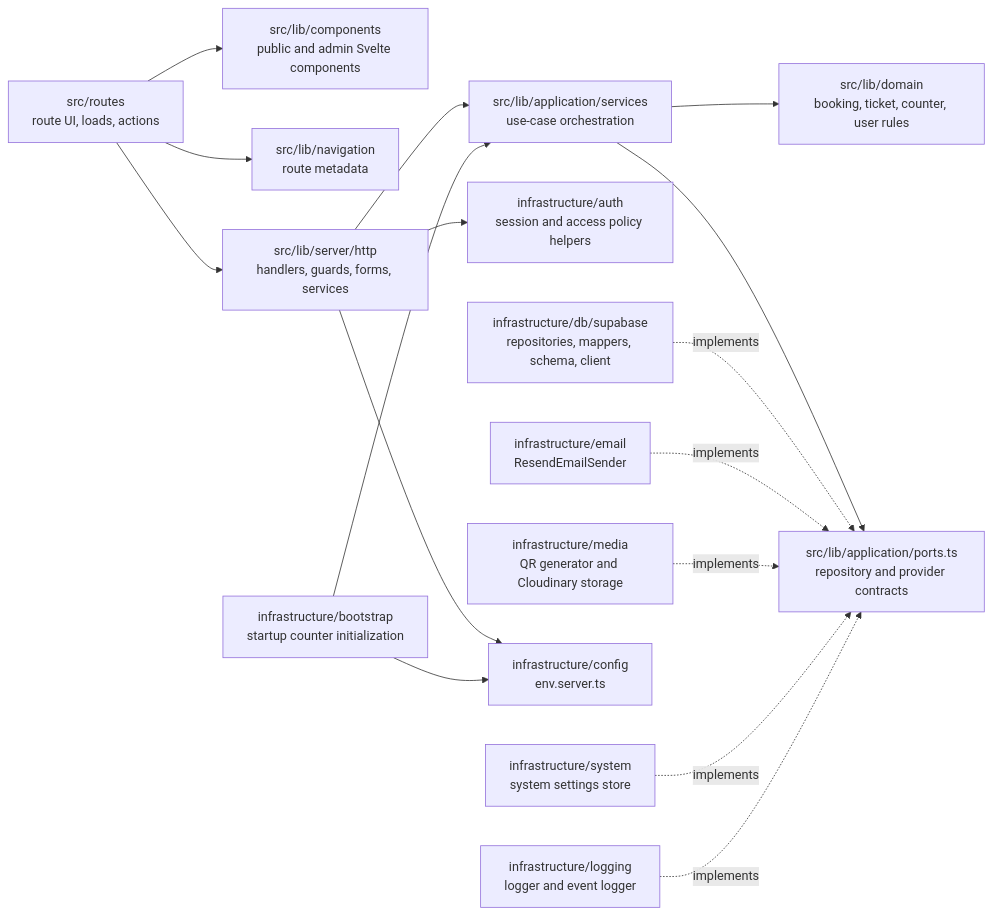
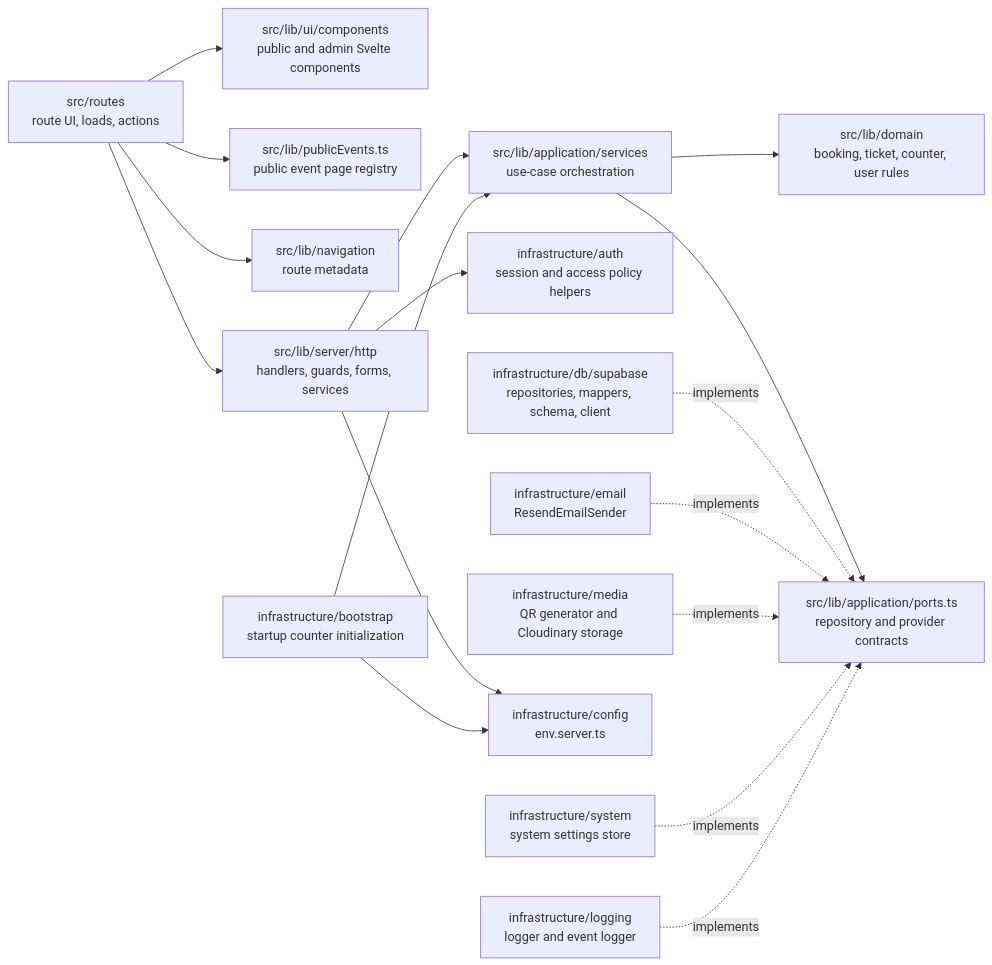
The third of 6 diagrams in docs/architecture.md (gretchel2025/gfeurope2), drawn with Mermaid before and after one commit. The commit also changed other lines of this file and 48 other files, not shown here.

Commit message:
add event-specific public pages

````diff
--- a/docs/architecture.md
+++ b/docs/architecture.md
@@ -83,40 +83,42 @@
 ```mermaid
 flowchart LR
     routes["src/routes\nroute UI, loads, actions"]
-    components["src/lib/components\npublic and admin Svelte components"]
+    components["src/lib/ui/components\npublic and admin Svelte components"]
+    publicEvents["src/lib/publicEvents.ts\npublic event page registry"]
     navigation["src/lib/navigation\nroute metadata"]
 
     http["src/lib/server/http\nhandlers, guards, forms, services"]
     services["src/lib/application/services\nuse-case orchestration"]
     ports["src/lib/application/ports.ts\nrepository and provider contracts"]
     domain["src/lib/domain\nbooking, ticket, counter, user rules"]
 
     infraAuth["infrastructure/auth\nsession and access policy helpers"]
     infraDb["infrastructure/db/supabase\nrepositories, mappers, schema, client"]
     infraEmail["infrastructure/email\nResendEmailSender"]
     infraMedia["infrastructure/media\nQR generator and Cloudinary storage"]
     infraConfig["infrastructure/config\nenv.server.ts"]
     infraBootstrap["infrastructure/bootstrap\nstartup counter initialization"]
     infraSystem["infrastructure/system\nsystem settings store"]
     infraLogging["infrastructure/logging\nlogger and event logger"]
 
     routes --> components
+    routes --> publicEvents
     routes --> navigation
     routes --> http
 
     http --> services
     http --> infraAuth
     http --> infraConfig
 
     services --> domain
     services --> ports
 
     infraDb -.implements.-> ports
     infraEmail -.implements.-> ports
     infraMedia -.implements.-> ports
     infraSystem -.implements.-> ports
     infraLogging -.implements.-> ports
 
     infraBootstrap --> services
     infraBootstrap --> infraConfig
 ```
````
